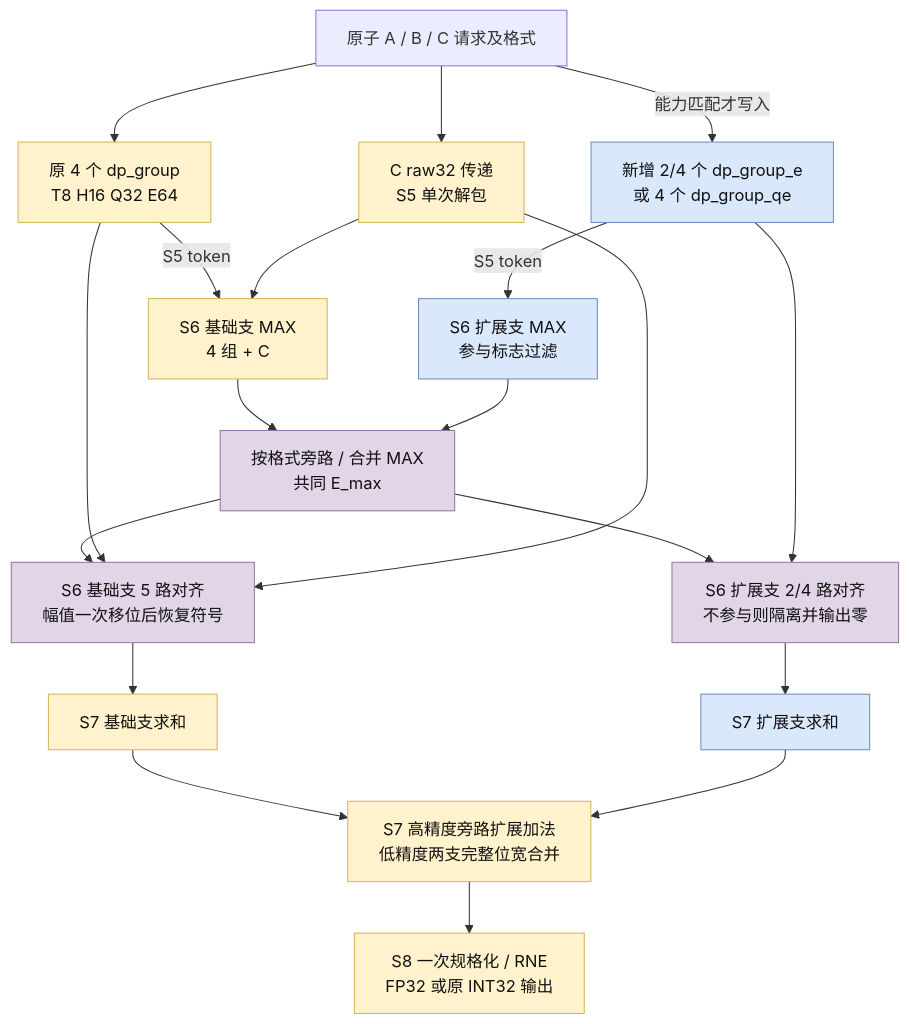
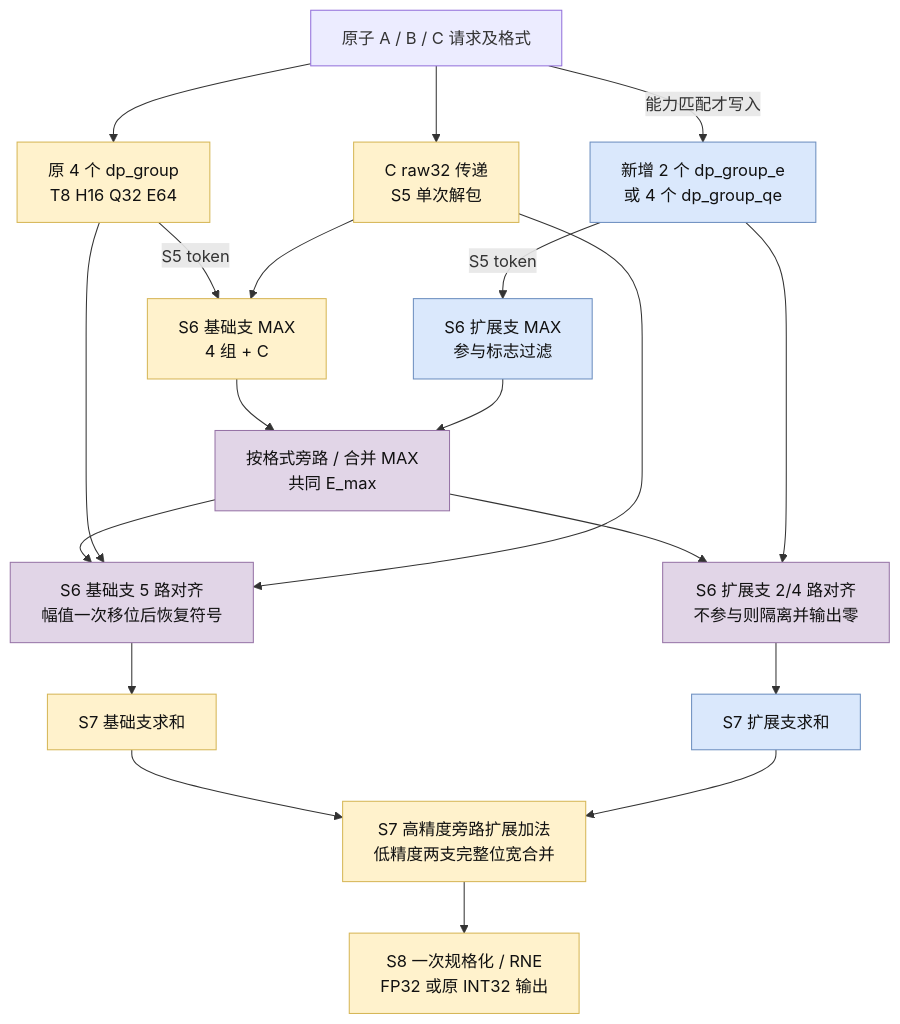
The diagram in src/spec/dp/dptop/mixed-precision-expansion.md (Futuresxy/DP-Puzzel), drawn with Mermaid before and after one commit. The commit also changed other lines of this file and 18 other files, not shown here.

````diff
--- a/src/spec/dp/dptop/mixed-precision-expansion.md
+++ b/src/spec/dp/dptop/mixed-precision-expansion.md
@@ -24,40 +23,40 @@
 ```mermaid
 flowchart TB
   INPUT[原子 A / B / C 请求及格式]
   BASE[原 4 个 dp_group\nT8 H16 Q32 E64]
-  EXT[新增 2/4 个 dp_group_e\n或 4 个 dp_group_qe]
+  EXT[新增 2 个 dp_group_e\n或 4 个 dp_group_qe]
   C[C raw32 传递\nS5 单次解包]
   BM[S6 基础支 MAX\n4 组 + C]
   EM[S6 扩展支 MAX\n参与标志过滤]
   MAX[按格式旁路 / 合并 MAX\n共同 E_max]
   BA[S6 基础支 5 路对齐\n幅值一次移位后恢复符号]
   EA[S6 扩展支 2/4 路对齐\n不参与则隔离并输出零]
   BS[S7 基础支求和]
   ES[S7 扩展支求和]
   SUM[S7 高精度旁路扩展加法\n低精度两支完整位宽合并]
   OUT[S8 一次规格化 / RNE\nFP32 或原 INT32 输出]
   INPUT --> BASE
   INPUT -->|能力匹配才写入| EXT
   INPUT --> C
   BASE -->|S5 token| BM
   C --> BM
   EXT -->|S5 token| EM
   BM --> MAX
   EM --> MAX
   MAX --> BA
   MAX --> EA
   BASE --> BA
   C --> BA
   EXT --> EA
   BA --> BS
   EA --> ES
   BS --> SUM
   ES --> SUM
   SUM --> OUT
   classDef base fill:#fff2cc,stroke:#d6b656,color:#111;
   classDef extension fill:#dae8fc,stroke:#6c8ebf,color:#111;
   classDef align fill:#e1d5e7,stroke:#9673a6,color:#111;
   class BASE,C,BM,BS,SUM,OUT base;
   class EXT,EM,ES extension;
   class MAX,BA,EA align;
 ```
````
